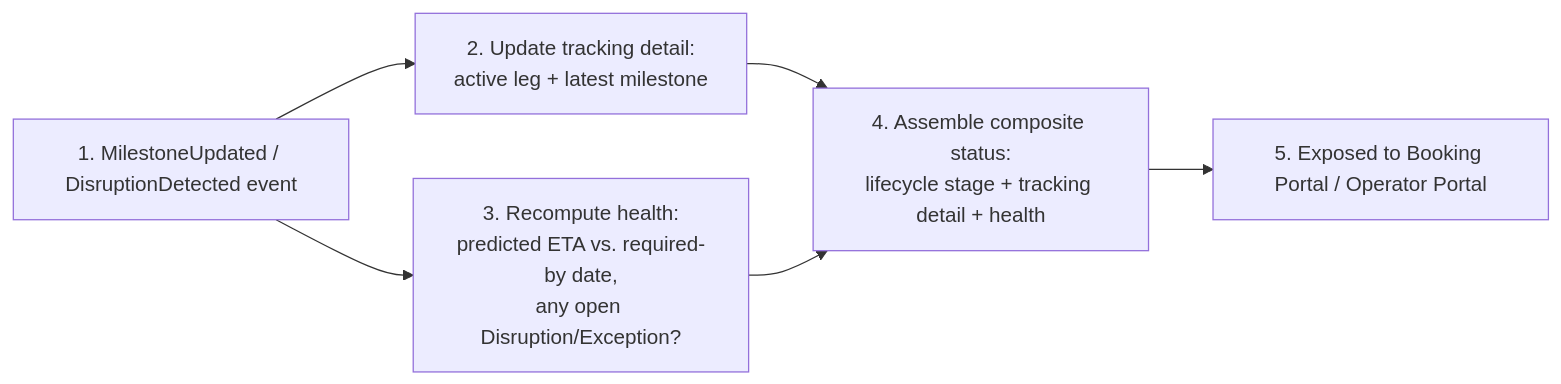
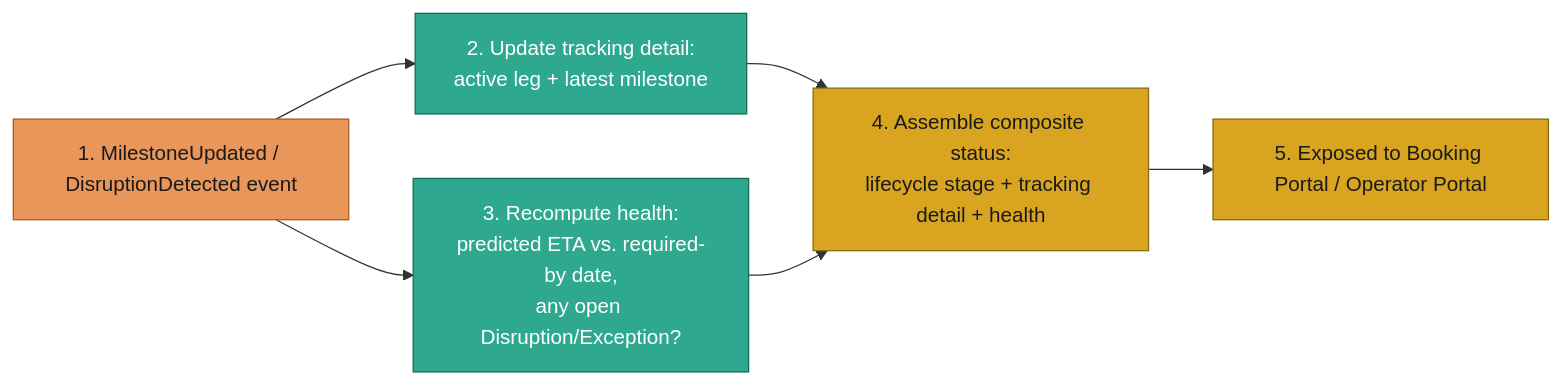
Diagram 17 of 36 in lib/src/main/java/org/pk/practices/design/supplychain/DESIGN.md (Pratyush576/CodingPractice), drawn with Mermaid before and after one commit. The commit also changed other lines of this file and 5 other files, not shown here.

Commit message:
Enhanced the diagrams

````diff
--- a/lib/src/main/java/org/pk/practices/design/supplychain/DESIGN.md
+++ b/lib/src/main/java/org/pk/practices/design/supplychain/DESIGN.md
@@ -1258,8 +1413,15 @@
 ```mermaid
 flowchart LR
     A["1. MilestoneUpdated / DisruptionDetected event"] --> B["2. Update tracking detail:<br/>active leg + latest milestone"]
     A --> C["3. Recompute health:<br/>predicted ETA vs. required-by date,<br/>any open Disruption/Exception?"]
     B --> D["4. Assemble composite status:<br/>lifecycle stage + tracking detail + health"]
     C --> D
     D --> E["5. Exposed to Booking Portal / Operator Portal"]
+
+    classDef event fill:#e8965a,stroke:#a85c1f,color:#1a1a1a
+    classDef process fill:#2ea88f,stroke:#146b58,color:#ffffff
+    classDef outcome fill:#d9a521,stroke:#8a6a0f,color:#1a1a1a
+    class A event
+    class B,C process
+    class D,E outcome
 ```
````
